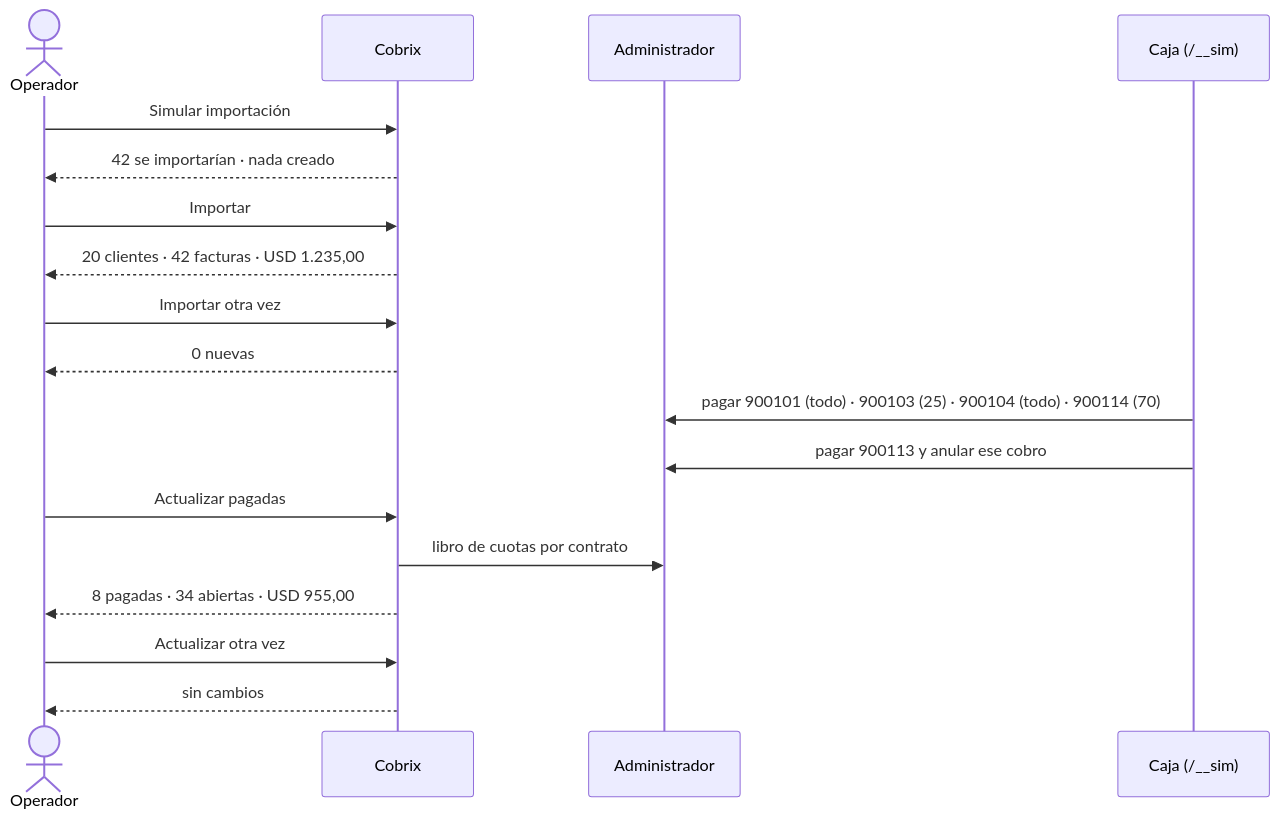
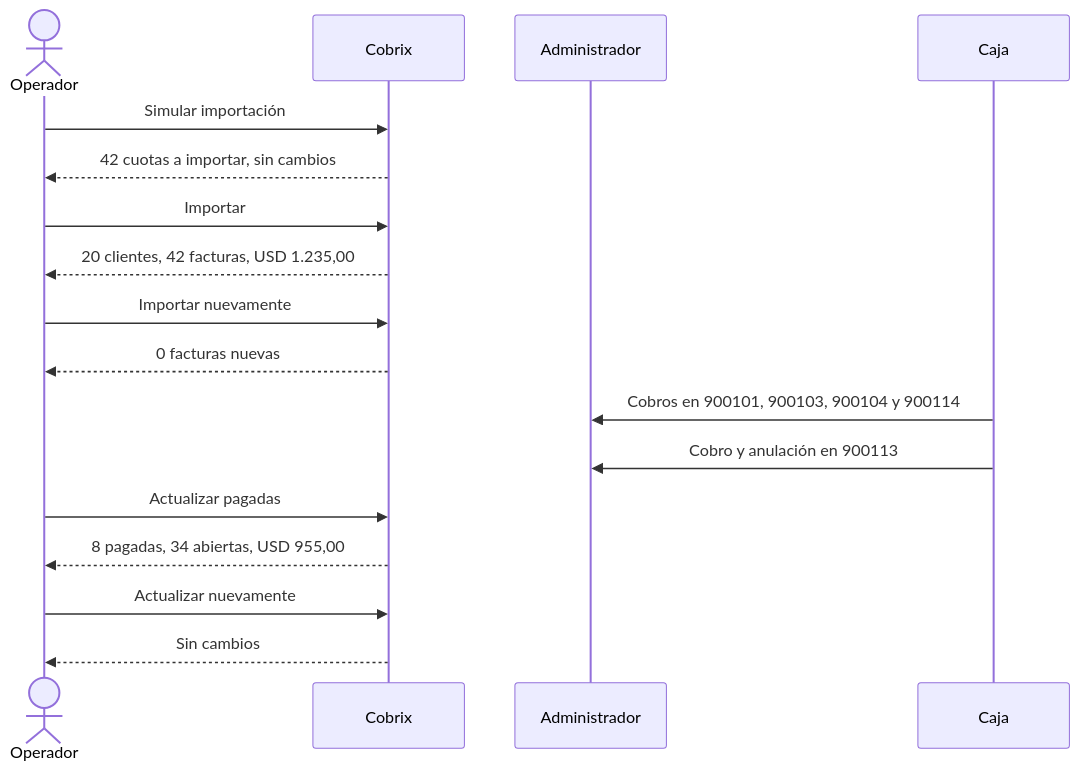
One commit to robydaniel45san/Cobrix-Api-Prueba-Tecnica-Duran-Roby changed the ninth of 11 diagrams in docs/DISENO.md. Above: the diagram before and after it, drawn with Mermaid. The commit also changed other lines of this file and 1 other file, not shown here.

````diff
--- a/docs/DISENO.md
+++ b/docs/DISENO.md
@@ -566,21 +575,20 @@
 ```mermaid
 sequenceDiagram
     actor OP as Operador
     participant CBX as Cobrix
     participant ISP as Administrador
-    participant CAJA as Caja (/__sim)
+    participant CAJA as Caja
 
     OP->>CBX: Simular importación
-    CBX-->>OP: 42 se importarían · nada creado
+    CBX-->>OP: 42 cuotas a importar, sin cambios
     OP->>CBX: Importar
-    CBX-->>OP: 20 clientes · 42 facturas · USD 1.235,00
-    OP->>CBX: Importar otra vez
-    CBX-->>OP: 0 nuevas
-    CAJA->>ISP: pagar 900101 (todo) · 900103 (25) · 900104 (todo) · 900114 (70)
-    CAJA->>ISP: pagar 900113 y anular ese cobro
+    CBX-->>OP: 20 clientes, 42 facturas, USD 1.235,00
+    OP->>CBX: Importar nuevamente
+    CBX-->>OP: 0 facturas nuevas
+    CAJA->>ISP: Cobros en 900101, 900103, 900104 y 900114
+    CAJA->>ISP: Cobro y anulación en 900113
     OP->>CBX: Actualizar pagadas
-    CBX->>ISP: libro de cuotas por contrato
-    CBX-->>OP: 8 pagadas · 34 abiertas · USD 955,00
-    OP->>CBX: Actualizar otra vez
-    CBX-->>OP: sin cambios
+    CBX-->>OP: 8 pagadas, 34 abiertas, USD 955,00
+    OP->>CBX: Actualizar nuevamente
+    CBX-->>OP: Sin cambios
 ```
````
